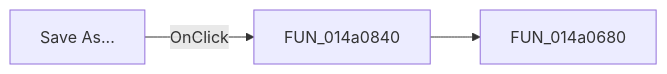
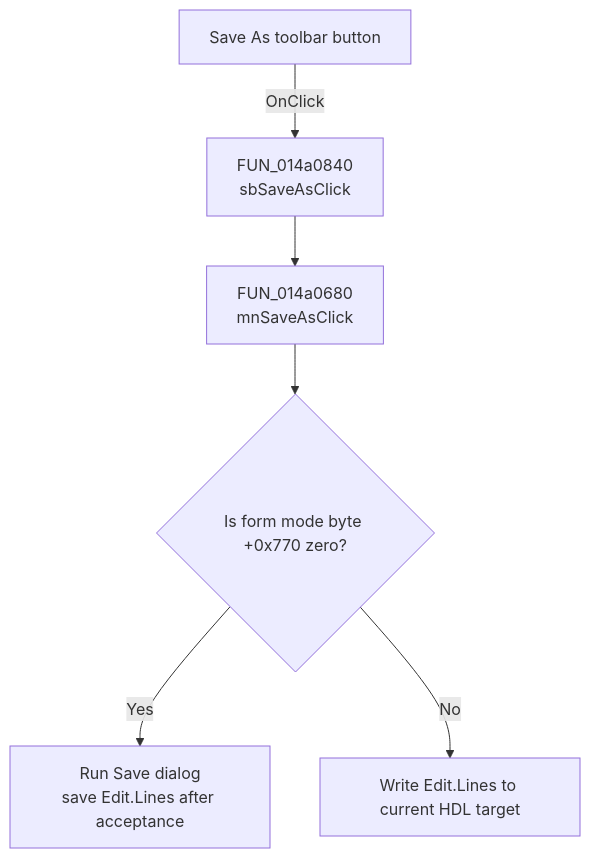
One commit to MovGP0/TIARA changed the diagram in docs/ui-controls/vhdleditor/sbsaveas-eaf1d4c54c.md. Above: the diagram before and after it, drawn with Mermaid. The commit also changed other lines of this file and 1062 other files, not shown here.

````diff
--- a/docs/ui-controls/vhdleditor/sbsaveas-eaf1d4c54c.md
+++ b/docs/ui-controls/vhdleditor/sbsaveas-eaf1d4c54c.md
@@ -27,5 +36,8 @@
 ```mermaid
-flowchart LR
-    control["Save As..."] -->|OnClick| handler["FUN_014a0840"]
-    handler --> call1["FUN_014a0680"]
+flowchart TD
+    control["Save As toolbar button"] -->|OnClick| wrapper["FUN_014a0840<br/>sbSaveAsClick"]
+    wrapper --> sharedHandler["FUN_014a0680<br/>mnSaveAsClick"]
+    sharedHandler --> mode{"Is form mode byte +0x770 zero?"}
+    mode -->|Yes| dialogPath["Run Save dialog<br/>save Edit.Lines after acceptance"]
+    mode -->|No| targetPath["Write Edit.Lines to current HDL target"]
 ```
````
